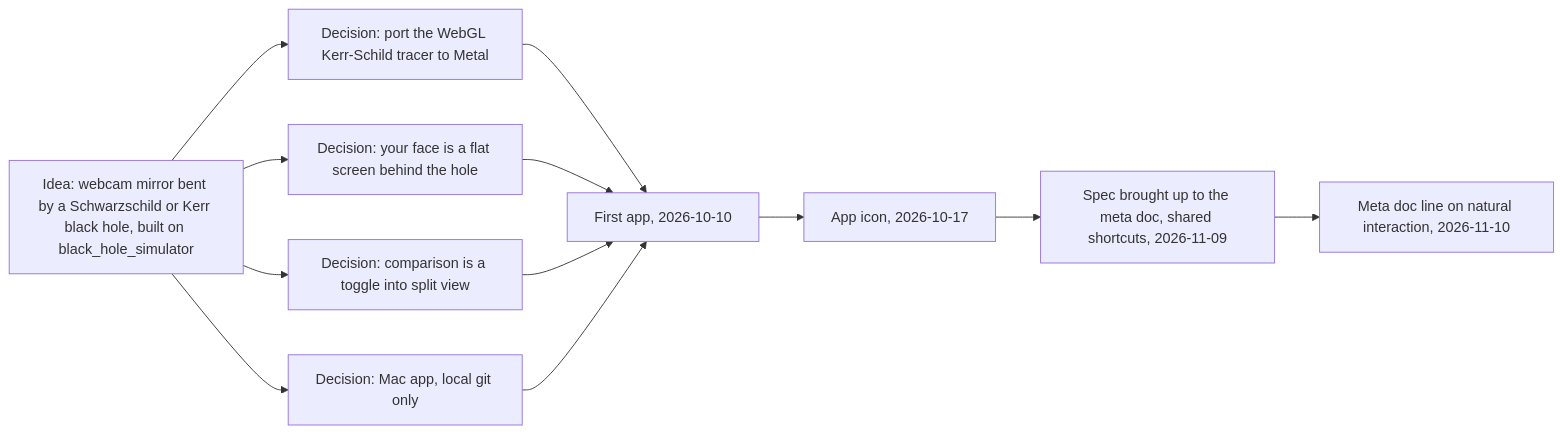
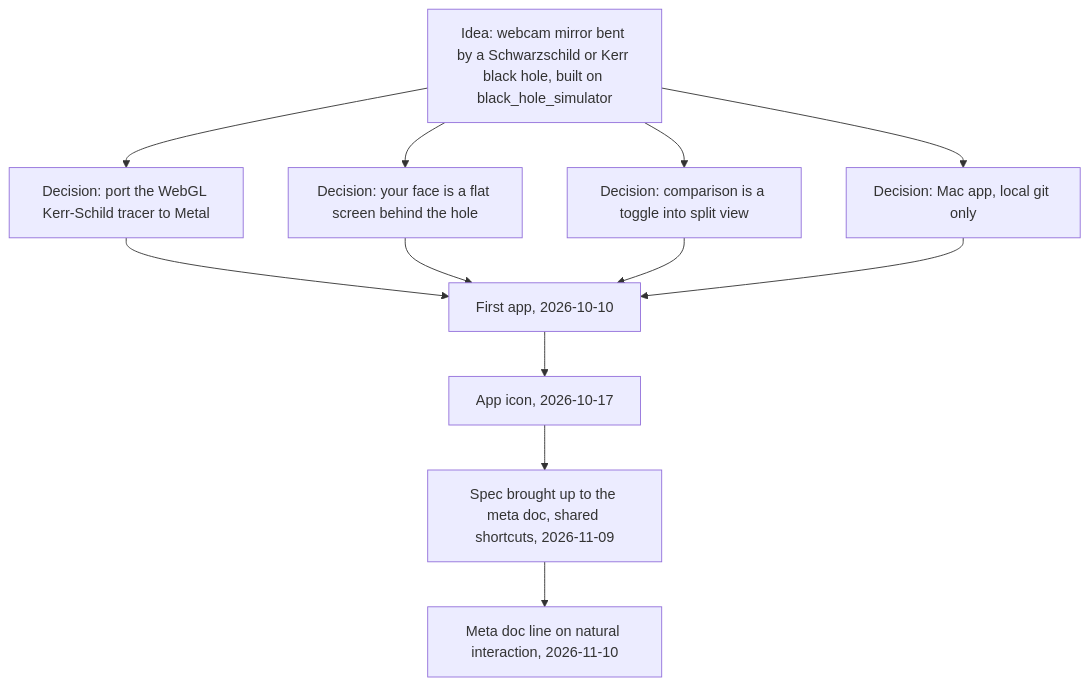
One commit to amalmehta/LensingMirror changed the first of 3 diagrams in docs/HOW-IT-WAS-BUILT.md. Above: the diagram before and after it, drawn with Mermaid.

Commit message:
Draw the build history top to bottom so it stays readable

````diff
--- a/docs/HOW-IT-WAS-BUILT.md
+++ b/docs/HOW-IT-WAS-BUILT.md
@@ -8,23 +8,23 @@
 ```mermaid
-flowchart LR
+flowchart TD
   idea["Idea: webcam mirror bent by a Schwarzschild or Kerr black hole, built on black_hole_simulator"]
   d1["Decision: port the WebGL Kerr-Schild tracer to Metal"]
   d2["Decision: your face is a flat screen behind the hole"]
   d3["Decision: comparison is a toggle into split view"]
   d4["Decision: Mac app, local git only"]
   m1["First app, 2026-10-10"]
   m2["App icon, 2026-10-17"]
   m3["Spec brought up to the meta doc, shared shortcuts, 2026-11-09"]
   m4["Meta doc line on natural interaction, 2026-11-10"]
   idea --> d1
   idea --> d2
   idea --> d3
   idea --> d4
   d1 --> m1
   d2 --> m1
   d3 --> m1
   d4 --> m1
   m1 --> m2
   m2 --> m3
   m3 --> m4
 ```
````
